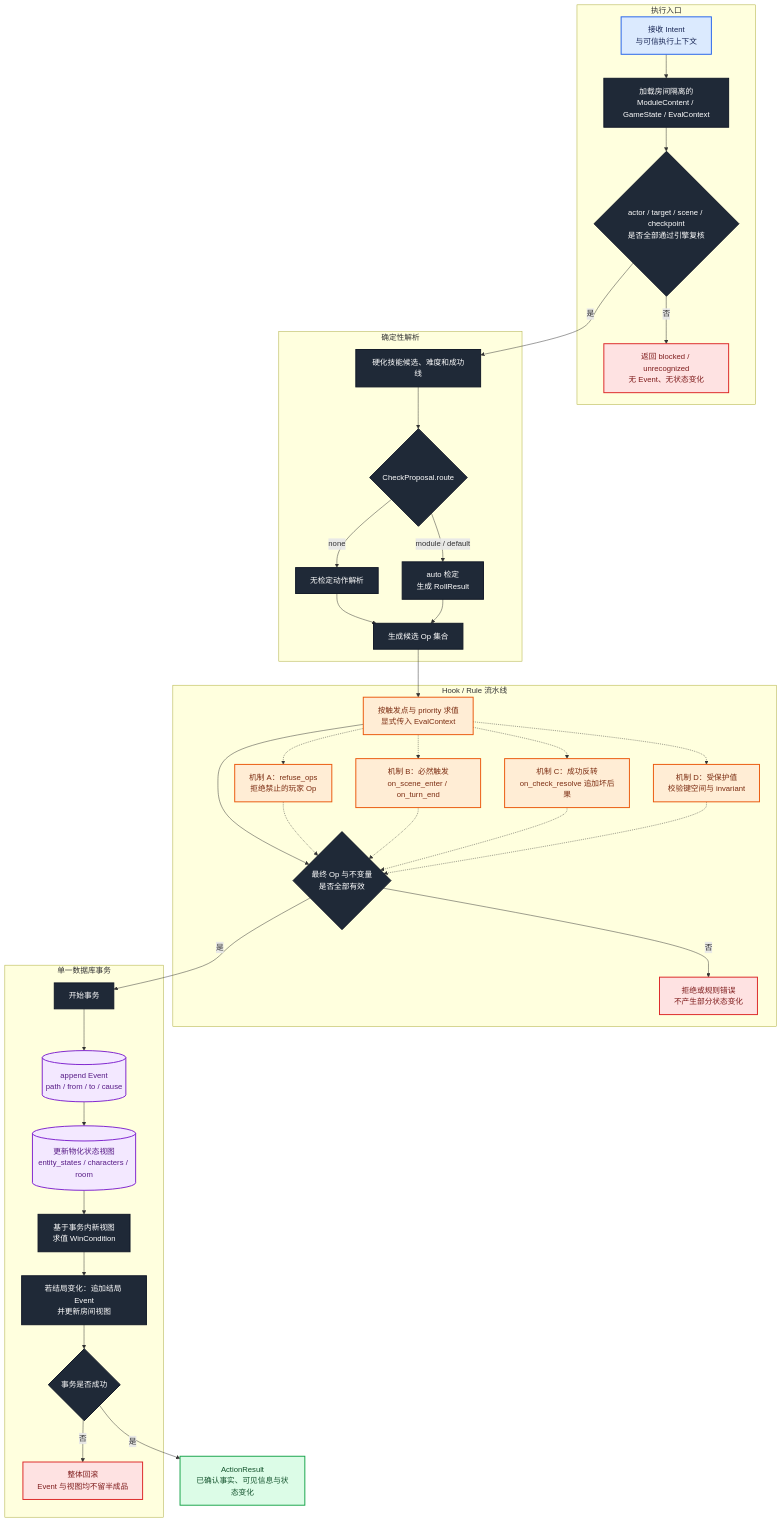
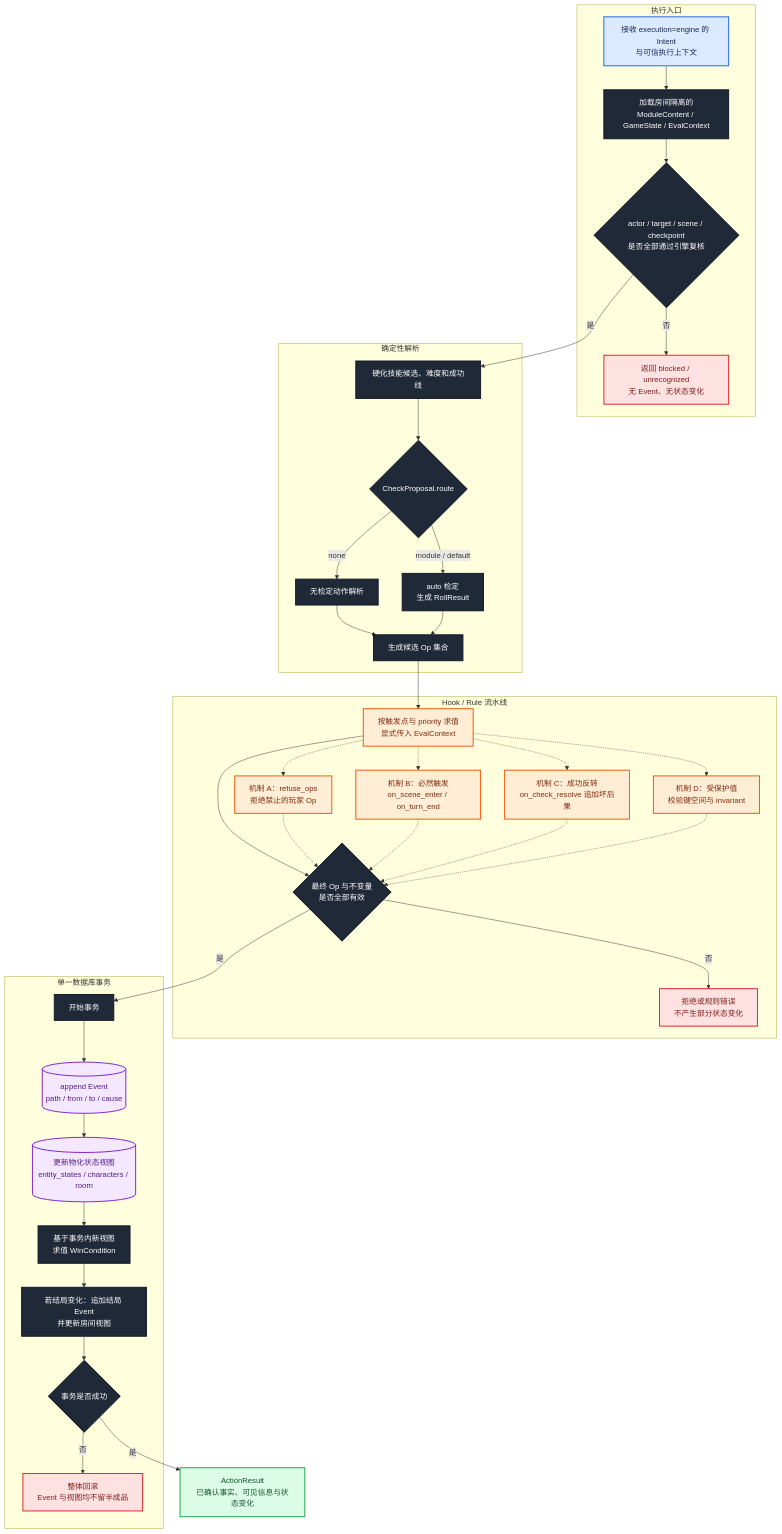
One commit to 1024XEngineer/TRPG-master changed the diagram in agent-collaboration-framework/docs/成员B-确定性规则引擎流程架构.md. Above: the diagram before and after it, drawn with Mermaid. The commit also changed other lines of this file and 22 other files, not shown here.

````diff
--- a/agent-collaboration-framework/docs/成员B-确定性规则引擎流程架构.md
+++ b/agent-collaboration-framework/docs/成员B-确定性规则引擎流程架构.md
@@ -48,73 +48,73 @@
 ```mermaid
 flowchart TB
     subgraph INPUT["执行入口"]
-        INTENT["接收 Intent<br/>与可信执行上下文"]
+        INTENT["接收 execution=engine 的 Intent<br/>与可信执行上下文"]
         LOAD["加载房间隔离的<br/>ModuleContent / GameState / EvalContext"]
         RECHECK{"actor / target / scene / checkpoint<br/>是否全部通过引擎复核"}
         BLOCK["返回 blocked / unrecognized<br/>无 Event、无状态变化"]
     end
 
     subgraph RESOLUTION["确定性解析"]
         HARDEN["硬化技能候选、难度和成功线"]
         ROUTE{"CheckProposal.route"}
         NO_CHECK["无检定动作解析"]
         AUTO["auto 检定<br/>生成 RollResult"]
         OPS["生成候选 Op 集合"]
     end
 
     subgraph PIPELINE["Hook / Rule 流水线"]
         RULES["按触发点与 priority 求值<br/>显式传入 EvalContext"]
         MECH_A["机制 A：refuse_ops<br/>拒绝禁止的玩家 Op"]
         MECH_B["机制 B：必然触发<br/>on_scene_enter / on_turn_end"]
         MECH_C["机制 C：成功反转<br/>on_check_resolve 追加坏后果"]
         MECH_D["机制 D：受保护值<br/>校验键空间与 invariant"]
         OPS_OK{"最终 Op 与不变量<br/>是否全部有效"}
         INVALID["拒绝或规则错误<br/>不产生部分状态变化"]
     end
 
     subgraph TX["单一数据库事务"]
         BEGIN["开始事务"]
         EVENTS[("append Event<br/>path / from / to / cause")]
         VIEW[("更新物化状态视图<br/>entity_states / characters / room")]
         WIN["基于事务内新视图<br/>求值 WinCondition"]
         END_EVENT["若结局变化：追加结局 Event<br/>并更新房间视图"]
         COMMIT{"事务是否成功"}
         ROLLBACK["整体回滚<br/>Event 与视图均不留半成品"]
     end
 
     RESULT["ActionResult<br/>已确认事实、可见信息与状态变化"]
 
     INTENT --> LOAD --> RECHECK
     RECHECK -->|"否"| BLOCK
     RECHECK -->|"是"| HARDEN --> ROUTE
     ROUTE -->|"none"| NO_CHECK --> OPS
     ROUTE -->|"module / default"| AUTO --> OPS
     OPS --> RULES --> OPS_OK
     RULES -.-> MECH_A
     RULES -.-> MECH_B
     RULES -.-> MECH_C
     RULES -.-> MECH_D
     MECH_A -.-> OPS_OK
     MECH_B -.-> OPS_OK
     MECH_C -.-> OPS_OK
     MECH_D -.-> OPS_OK
     OPS_OK -->|"否"| INVALID
     OPS_OK -->|"是"| BEGIN --> EVENTS --> VIEW --> WIN
     WIN --> END_EVENT --> COMMIT
     COMMIT -->|"否"| ROLLBACK
     COMMIT -->|"是"| RESULT
 
     classDef agent fill:#dbeafe,stroke:#2563eb,color:#172554,stroke-width:2px;
     classDef deterministic fill:#1f2937,stroke:#111827,color:#ffffff,stroke-width:2px;
     classDef engine fill:#ffedd5,stroke:#ea580c,color:#7c2d12,stroke-width:2px;
     classDef output fill:#dcfce7,stroke:#16a34a,color:#14532d,stroke-width:2px;
     classDef failure fill:#fee2e2,stroke:#dc2626,color:#7f1d1d,stroke-width:2px;
     classDef store fill:#f3e8ff,stroke:#7e22ce,color:#581c87,stroke-width:2px;
 
     class INTENT agent;
     class LOAD,RECHECK,HARDEN,ROUTE,NO_CHECK,AUTO,OPS,OPS_OK,BEGIN,WIN,END_EVENT,COMMIT deterministic;
     class RULES,MECH_A,MECH_B,MECH_C,MECH_D engine;
     class EVENTS,VIEW store;
     class RESULT output;
     class BLOCK,INVALID,ROLLBACK failure;
 ```
````
